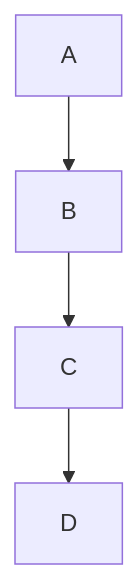
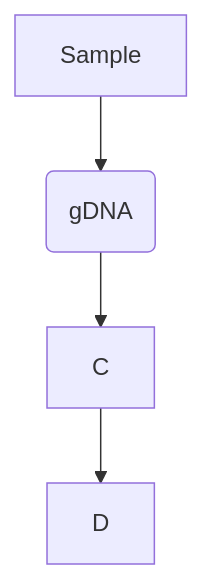
Before and after one commit to SolayMane/AfricanBioGenomeProject: the diagram in Pipelines.md, drawn with Mermaid.

````diff
--- a/Pipelines.md
+++ b/Pipelines.md
@@ -1,6 +1,6 @@
 ```mermaid
 graph TD
-    A --> B
+    Sample --> B(gDNA)
     B --> C
     C --> D
 ```
````
